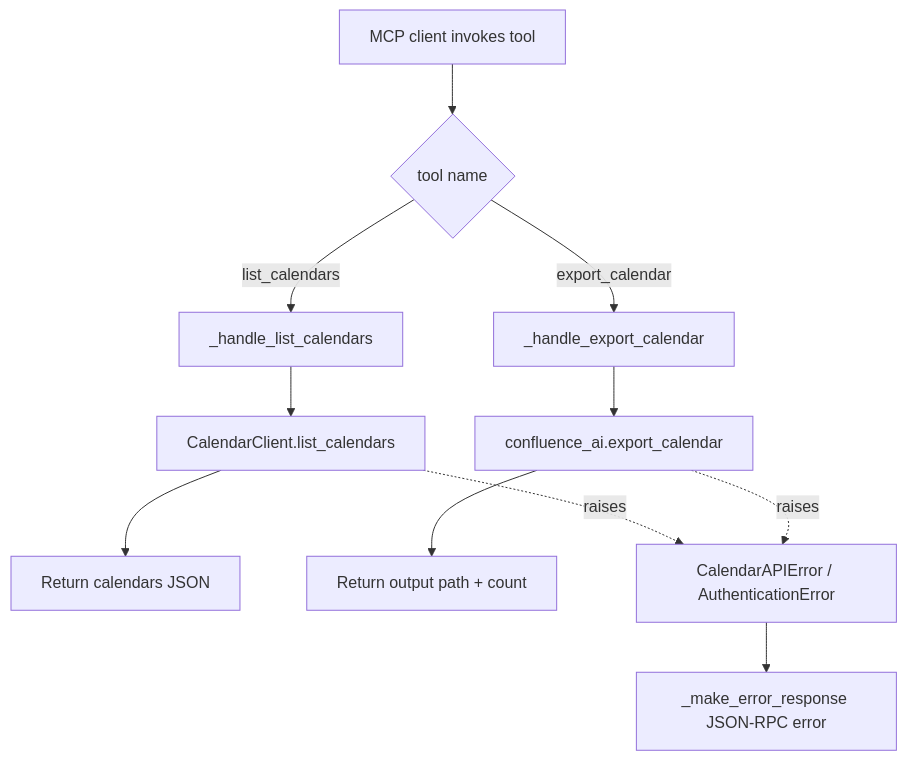
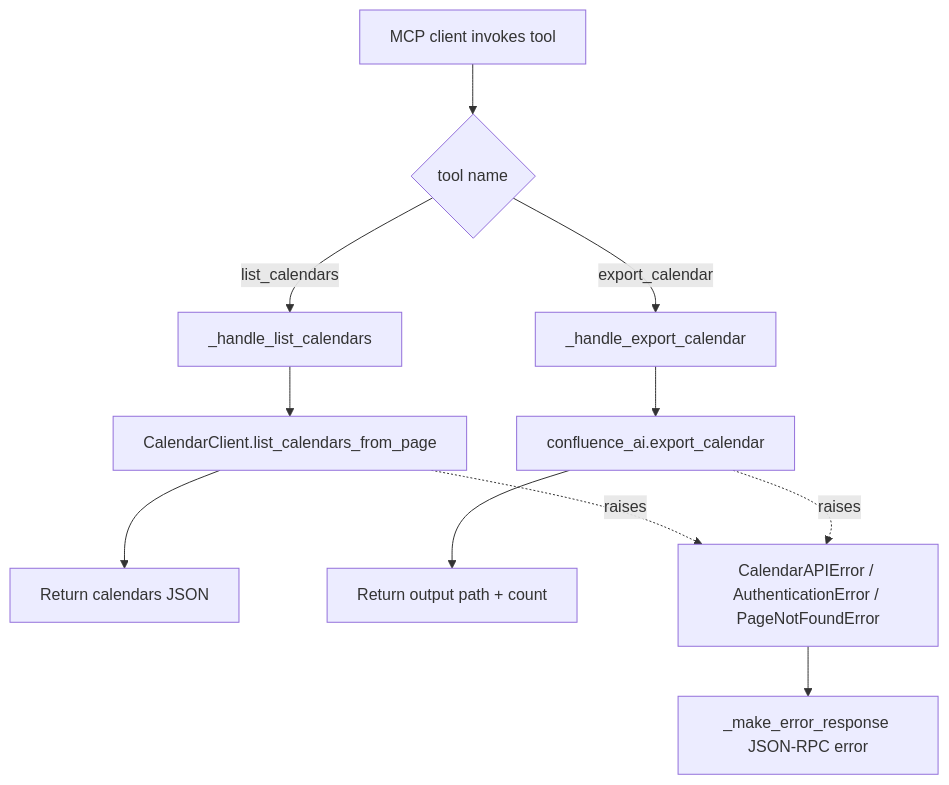
Before and after one commit to oddisej/aspice-check: the fourth of 4 diagrams in .kiro/specs/confluence-calendar-export/design.md, drawn with Mermaid. The commit also changed other lines of this file and 2 other files, not shown here.

Commit message:
docs(confluence-calendar-export): Update requirements, design, and tasks

````diff
--- a/.kiro/specs/confluence-calendar-export/design.md
+++ b/.kiro/specs/confluence-calendar-export/design.md
@@ -540,13 +691,13 @@
 ```mermaid
 flowchart TD
     A[MCP client invokes tool] --> B{tool name}
     B -- list_calendars --> C[_handle_list_calendars]
     B -- export_calendar --> D[_handle_export_calendar]
-    C --> E[CalendarClient.list_calendars]
+    C --> E[CalendarClient.list_calendars_from_page]
     D --> F[confluence_ai.export_calendar]
     E --> G[Return calendars JSON]
     F --> H[Return output path + count]
-    E -. raises .-> X[CalendarAPIError / AuthenticationError]
+    E -. raises .-> X[CalendarAPIError / AuthenticationError / PageNotFoundError]
     F -. raises .-> X
     X --> Y[_make_error_response JSON-RPC error]
 ```
````
